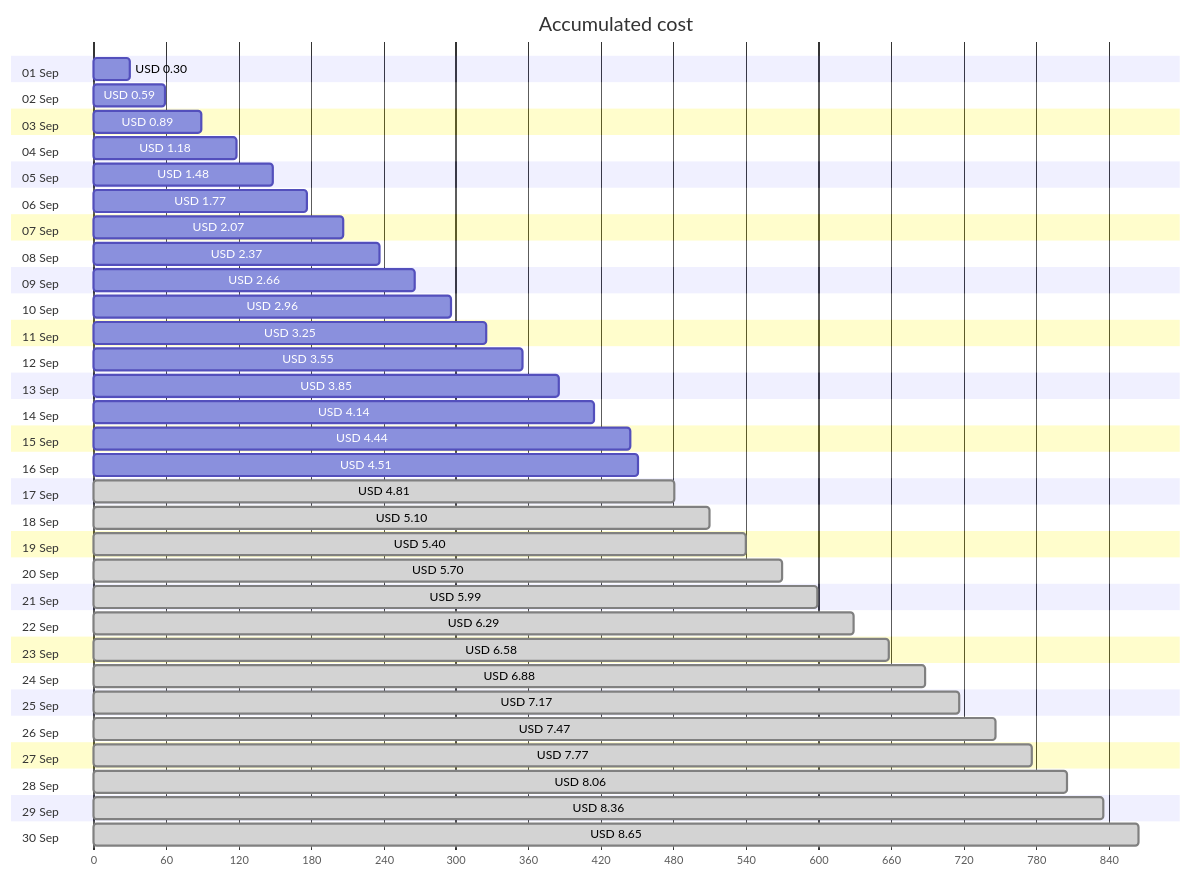
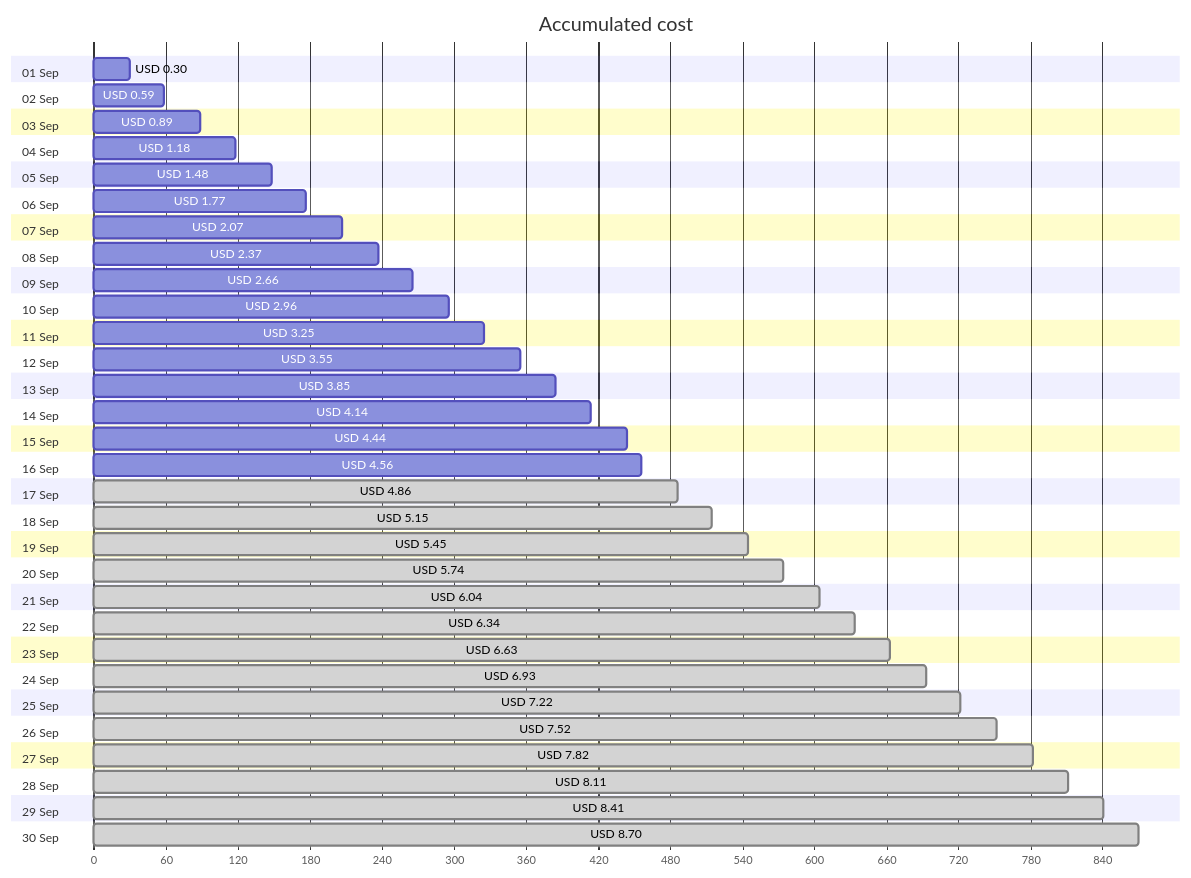
Before and after one commit to jpfulton/azure-personal-reports: the first of 4 diagrams in cost-reports/personal-site/personal-site.md, drawn with Mermaid. The commit also changed other lines of this file and 7 other files, not shown here.

````diff
--- a/cost-reports/personal-site/personal-site.md
+++ b/cost-reports/personal-site/personal-site.md
@@ -20,66 +20,66 @@
 ```mermaid
 gantt
    title Accumulated cost
    dateFormat  X
    axisFormat %s
    section 01 Sep
    USD 0.30 :0, 30
    section 02 Sep
    USD 0.59 :0, 59
    section 03 Sep
    USD 0.89 :0, 89
    section 04 Sep
    USD 1.18 :0, 118
    section 05 Sep
    USD 1.48 :0, 148
    section 06 Sep
    USD 1.77 :0, 177
    section 07 Sep
    USD 2.07 :0, 207
    section 08 Sep
    USD 2.37 :0, 237
    section 09 Sep
    USD 2.66 :0, 266
    section 10 Sep
    USD 2.96 :0, 296
    section 11 Sep
    USD 3.25 :0, 325
    section 12 Sep
    USD 3.55 :0, 355
    section 13 Sep
    USD 3.85 :0, 385
    section 14 Sep
    USD 4.14 :0, 414
    section 15 Sep
    USD 4.44 :0, 444
    section 16 Sep
-   USD 4.51 :0, 451
+   USD 4.56 :0, 456
    section 17 Sep
-   USD 4.81 : done, 0, 481
+   USD 4.86 : done, 0, 486
    section 18 Sep
-   USD 5.10 : done, 0, 510
+   USD 5.15 : done, 0, 515
    section 19 Sep
-   USD 5.40 : done, 0, 540
+   USD 5.45 : done, 0, 545
    section 20 Sep
-   USD 5.70 : done, 0, 570
+   USD 5.74 : done, 0, 574
    section 21 Sep
-   USD 5.99 : done, 0, 599
+   USD 6.04 : done, 0, 604
    section 22 Sep
-   USD 6.29 : done, 0, 629
+   USD 6.34 : done, 0, 634
    section 23 Sep
-   USD 6.58 : done, 0, 658
+   USD 6.63 : done, 0, 663
    section 24 Sep
-   USD 6.88 : done, 0, 688
+   USD 6.93 : done, 0, 693
    section 25 Sep
-   USD 7.17 : done, 0, 717
+   USD 7.22 : done, 0, 722
    section 26 Sep
-   USD 7.47 : done, 0, 747
+   USD 7.52 : done, 0, 752
    section 27 Sep
-   USD 7.77 : done, 0, 777
+   USD 7.82 : done, 0, 782
    section 28 Sep
-   USD 8.06 : done, 0, 806
+   USD 8.11 : done, 0, 811
    section 29 Sep
-   USD 8.36 : done, 0, 836
+   USD 8.41 : done, 0, 841
    section 30 Sep
-   USD 8.65 : done, 0, 865
+   USD 8.70 : done, 0, 870
 ```
````
